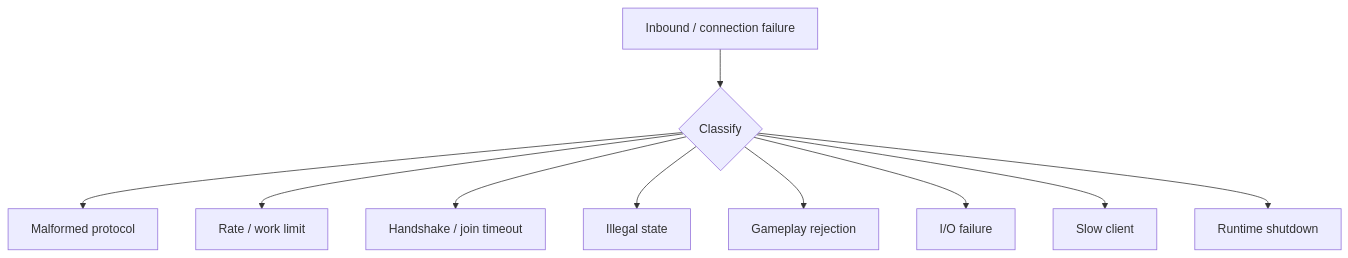
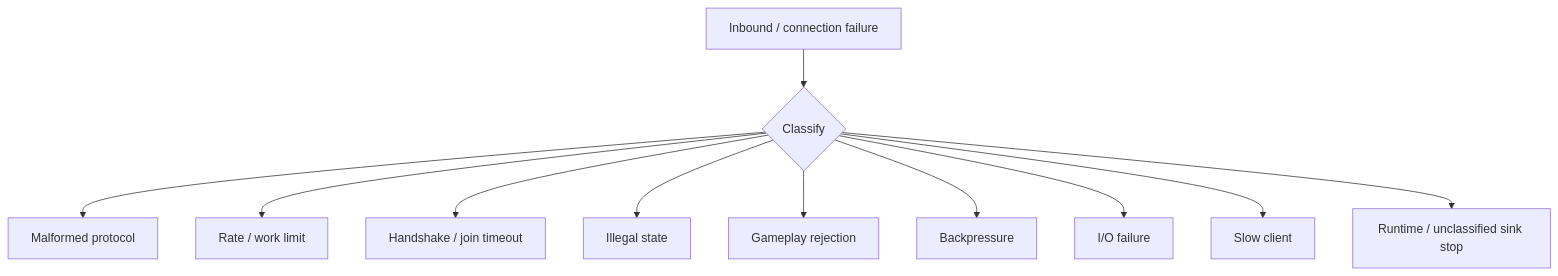
Before and after one commit to VegaKernel/TerraRuntime: the seventh of 7 diagrams in docs/en/networking-protocol.md, drawn with Mermaid. The commit also changed other lines of this file, not shown here.

Commit message:
docs: document normalized frame rejection stop

````diff
--- a/docs/en/networking-protocol.md
+++ b/docs/en/networking-protocol.md
@@ -235,12 +239,13 @@
 ```mermaid
 flowchart TD
     Failure["Inbound / connection failure"] --> Class{"Classify"}
     Class --> Malformed["Malformed protocol"]
     Class --> Rate["Rate / work limit"]
     Class --> Timeout["Handshake / join timeout"]
     Class --> State["Illegal state"]
     Class --> Gameplay["Gameplay rejection"]
+    Class --> Backpressure["Backpressure"]
     Class --> IO["I/O failure"]
     Class --> Slow["Slow client"]
-    Class --> Shutdown["Runtime shutdown"]
+    Class --> Shutdown["Runtime / unclassified sink stop"]
 ```
````
